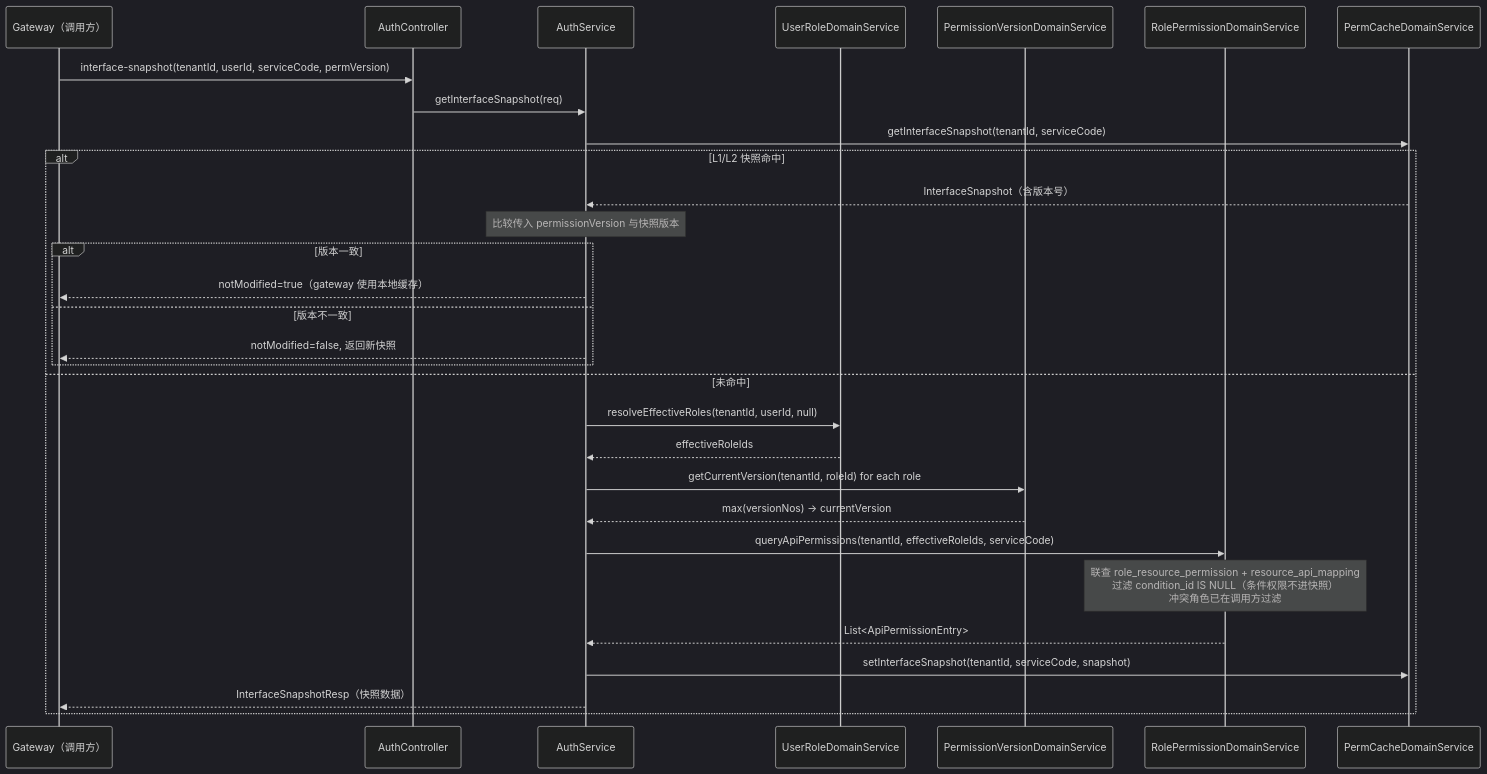
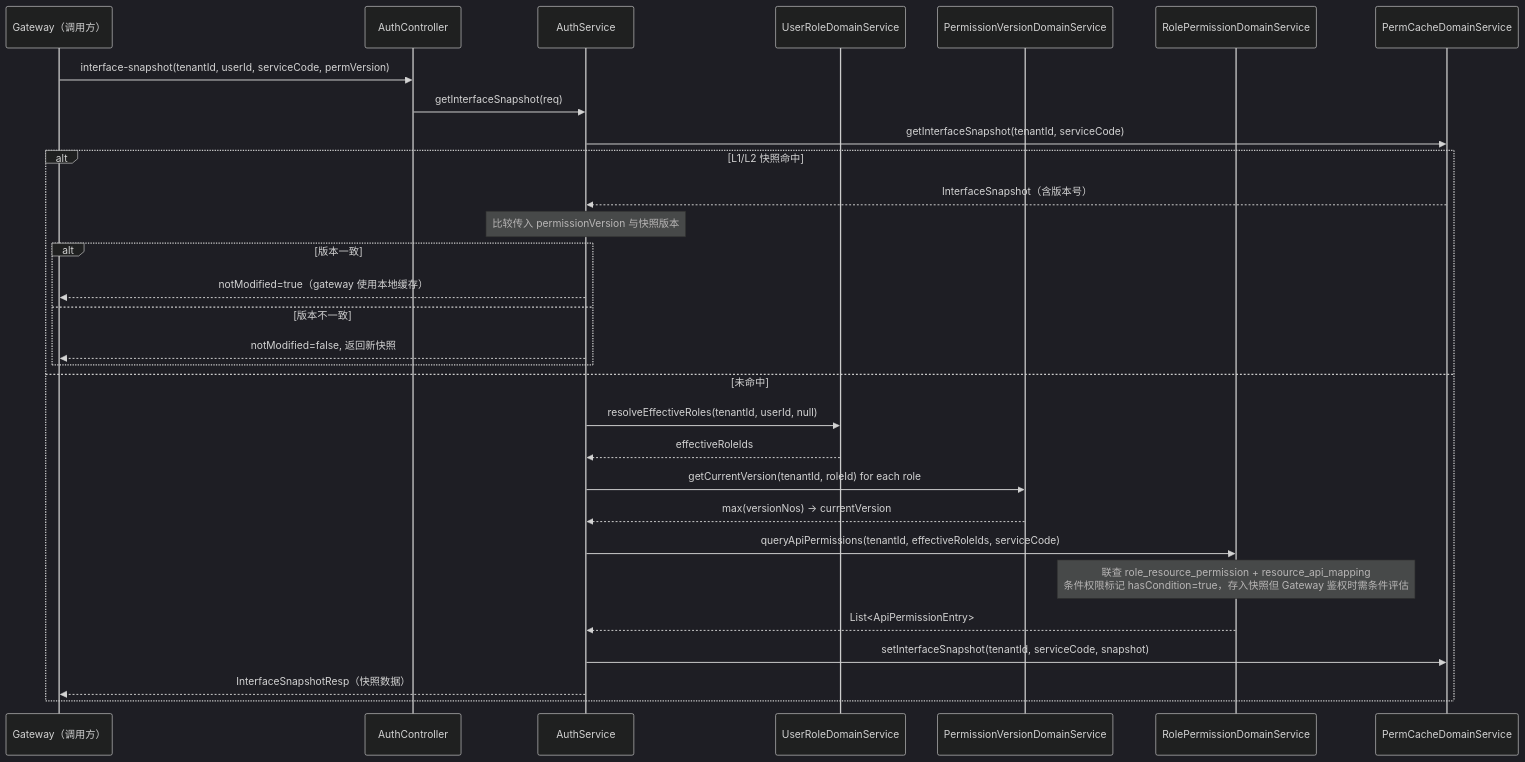
One commit to fage-org/Access-Mesh changed the second of 3 diagrams in plan/PERMISSION_CENTER_IMPL_DESIGN.md. Above: the diagram before and after it, drawn with Mermaid (dark theme). The commit also changed other lines of this file and 22 other files, not shown here.

First line of the commit message:
Revise docs: API conventions and architecture

````diff
--- a/plan/PERMISSION_CENTER_IMPL_DESIGN.md
+++ b/plan/PERMISSION_CENTER_IMPL_DESIGN.md
@@ -478,38 +489,38 @@
 ```mermaid
 sequenceDiagram
     participant GW as Gateway（调用方）
     participant C as AuthController
     participant AS as AuthService
     participant URD as UserRoleDomainService
     participant PVD as PermissionVersionDomainService
     participant RPD as RolePermissionDomainService
     participant CACHE as PermCacheDomainService
 
     GW->>C: interface-snapshot(tenantId, userId, serviceCode, permVersion)
 
     C->>AS: getInterfaceSnapshot(req)
 
     AS->>CACHE: getInterfaceSnapshot(tenantId, serviceCode)
     alt L1/L2 快照命中
         CACHE-->>AS: InterfaceSnapshot（含版本号）
         Note over AS: 比较传入 permissionVersion 与快照版本
         alt 版本一致
             AS-->>GW: notModified=true（gateway 使用本地缓存）
         else 版本不一致
             AS-->>GW: notModified=false, 返回新快照
         end
     else 未命中
         AS->>URD: resolveEffectiveRoles(tenantId, userId, null)
         URD-->>AS: effectiveRoleIds
 
         AS->>PVD: getCurrentVersion(tenantId, roleId) for each role
         PVD-->>AS: max(versionNos) → currentVersion
 
         AS->>RPD: queryApiPermissions(tenantId, effectiveRoleIds, serviceCode)
-        Note over RPD: 联查 role_resource_permission + resource_api_mapping<br/>过滤 condition_id IS NULL（条件权限不进快照）<br/>冲突角色已在调用方过滤
+        Note over RPD: 联查 role_resource_permission + resource_api_mapping<br/>条件权限标记 hasCondition=true，存入快照但 Gateway 鉴权时需条件评估
         RPD-->>AS: List<ApiPermissionEntry>
 
         AS->>CACHE: setInterfaceSnapshot(tenantId, serviceCode, snapshot)
         AS-->>GW: InterfaceSnapshotResp（快照数据）
     end
 ```
````
